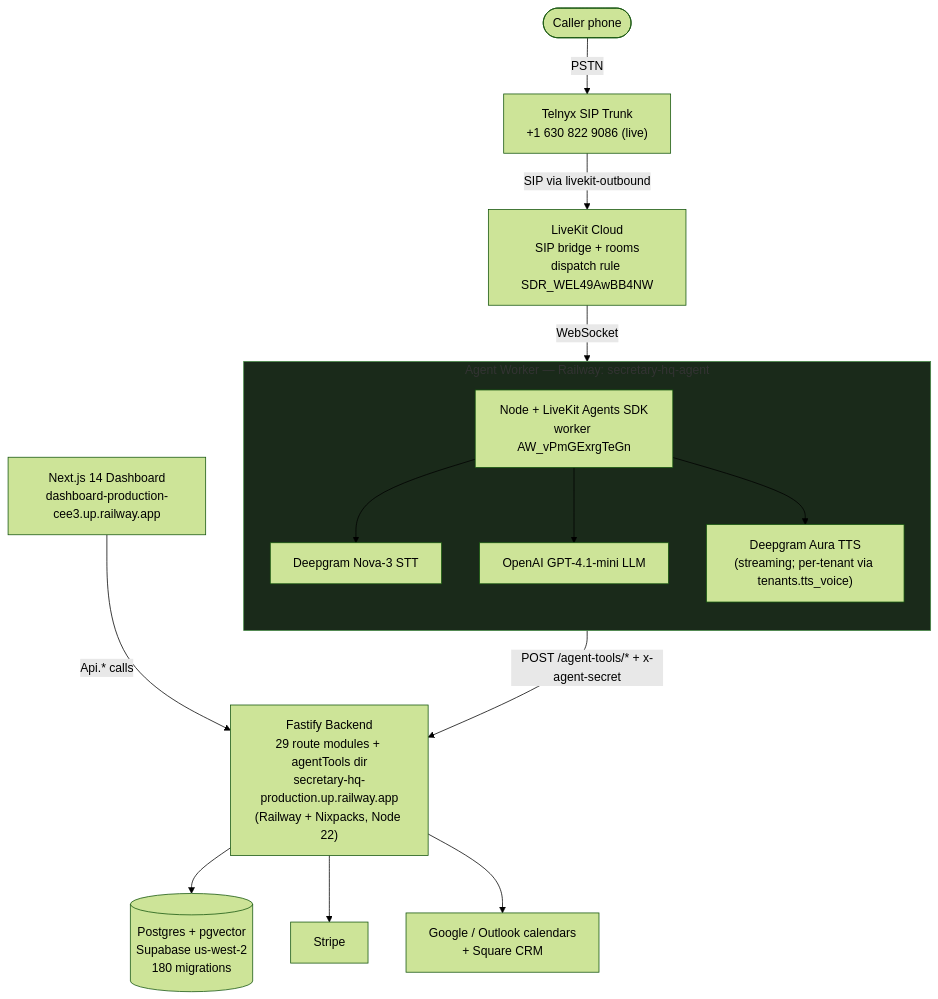
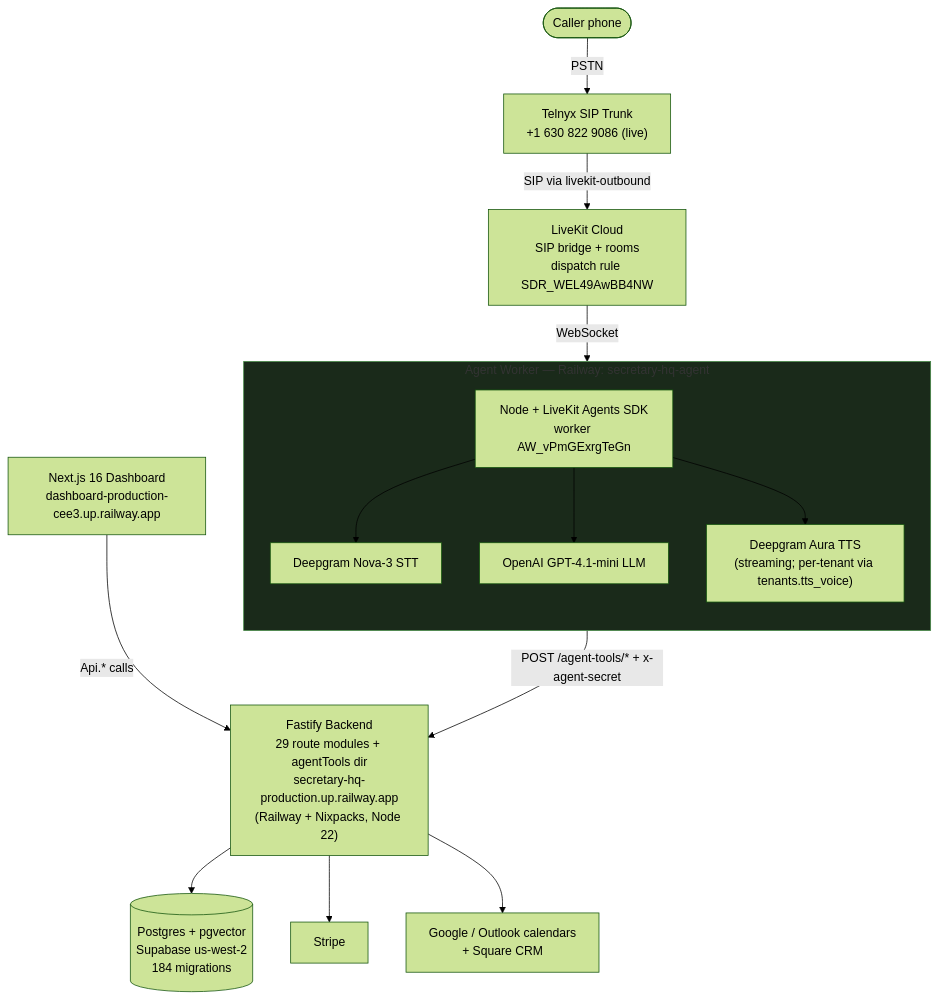
Before and after one commit to ddemott/ai-sec: the first of 12 diagrams in docs/DIAGRAMS.md, drawn with Mermaid (forest theme). The commit also changed other lines of this file and 304 other files, not shown here.

````diff
--- a/docs/DIAGRAMS.md
+++ b/docs/DIAGRAMS.md
@@ -28,37 +28,37 @@
 ```mermaid
 flowchart TB
   Caller([Caller phone])
   Telnyx["Telnyx SIP Trunk<br/>+1 630 822 9086 (live)"]
   Caller -->|PSTN| Telnyx
 
   LiveKit["LiveKit Cloud<br/>SIP bridge + rooms<br/>dispatch rule SDR_WEL49AwBB4NW"]
   Telnyx -->|SIP via livekit-outbound| LiveKit
 
   subgraph agentBox["Agent Worker — Railway: secretary-hq-agent"]
     direction TB
     Agent["Node + LiveKit Agents SDK<br/>worker AW_vPmGExrgTeGn"]
     DG["Deepgram Nova-3 STT"]
     OAI["OpenAI GPT-4.1-mini LLM"]
     TTS["Deepgram Aura TTS<br/>(streaming; per-tenant via tenants.tts_voice)"]
     Agent --> DG
     Agent --> OAI
     Agent --> TTS
   end
 
   LiveKit -->|WebSocket| Agent
 
   Fastify["Fastify Backend<br/>29 route modules + agentTools dir<br/>secretary-hq-production.up.railway.app<br/>(Railway + Nixpacks, Node 22)"]
   Agent -->|POST /agent-tools/* + x-agent-secret| Fastify
 
-  Postgres[("Postgres + pgvector<br/>Supabase us-west-2<br/>180 migrations")]
+  Postgres[("Postgres + pgvector<br/>Supabase us-west-2<br/>184 migrations")]
   Stripe["Stripe"]
   Integrations["Google / Outlook calendars<br/>+ Square CRM"]
-  Dashboard["Next.js 14 Dashboard<br/>dashboard-production-cee3.up.railway.app"]
+  Dashboard["Next.js 16 Dashboard<br/>dashboard-production-cee3.up.railway.app"]
 
   Fastify --> Postgres
   Fastify --> Stripe
   Fastify --> Integrations
   Dashboard -->|Api.* calls| Fastify
 
   style agentBox fill:#1a2a1a,stroke:#484
 ```
````
